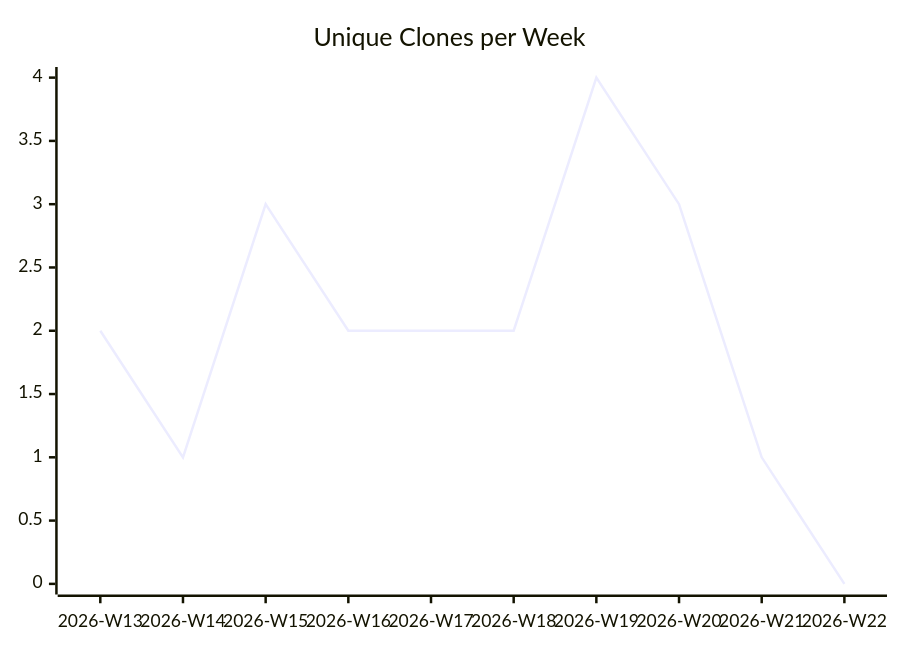
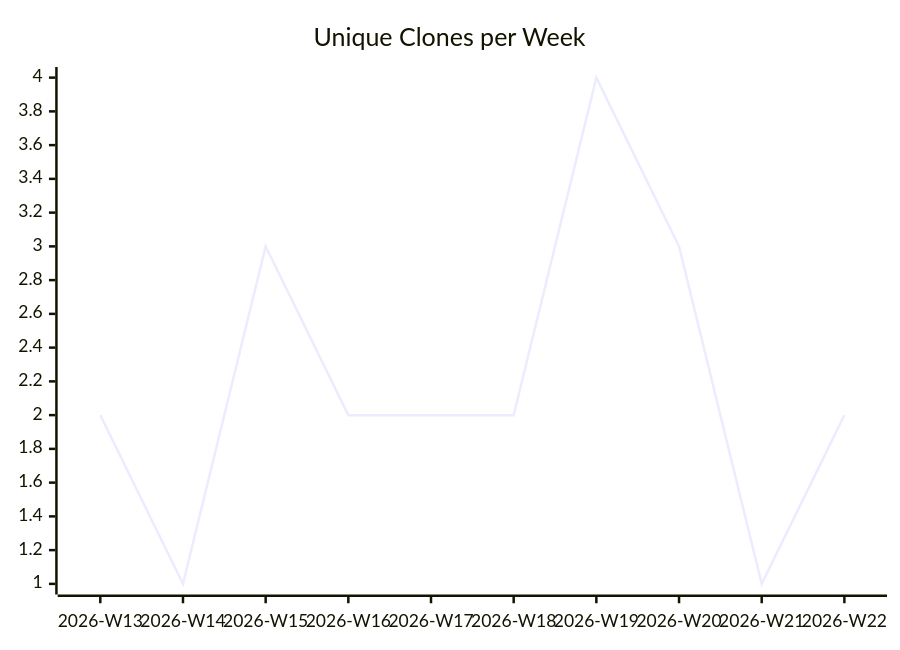
The third of 3 diagrams in karlmdavis/kobjects/README.md (justdavis-family/github-analytics-data), drawn with Mermaid before and after one commit. The commit also changed other lines of this file and 189 other files, not shown here.

````diff
--- a/karlmdavis/kobjects/README.md
+++ b/karlmdavis/kobjects/README.md
@@ -19,6 +19,6 @@
 ```mermaid
 xychart-beta
   title "Unique Clones per Week"
   x-axis ["2026-W13", "2026-W14", "2026-W15", "2026-W16", "2026-W17", "2026-W18", "2026-W19", "2026-W20", "2026-W21", "2026-W22"]
-  line [2, 1, 3, 2, 2, 2, 4, 3, 1, 0]
+  line [2, 1, 3, 2, 2, 2, 4, 3, 1, 2]
 ```
````
